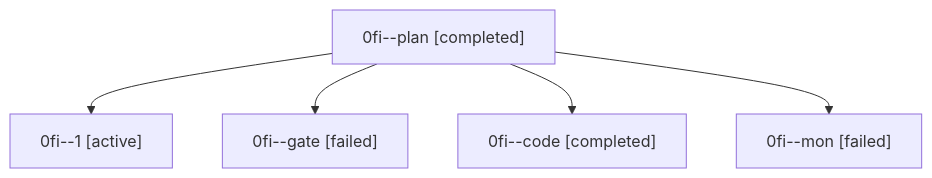
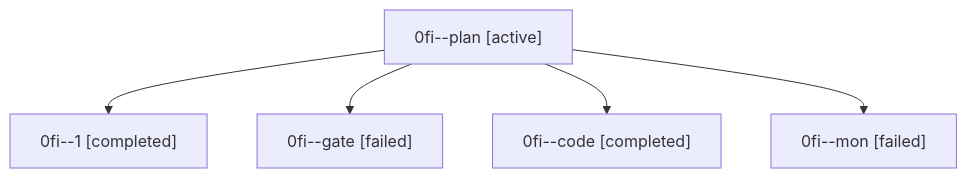
One commit to sase-org/sase--agents changed the diagram in families/bbugyi200.athena.0fi.md. Above: the diagram before and after it, drawn with Mermaid. The commit also changed other lines of this file and 35830 other files, not shown here.

````diff
--- a/families/bbugyi200.athena.0fi.md
+++ b/families/bbugyi200.athena.0fi.md
@@ -9,12 +9,12 @@
 ```mermaid
 flowchart TD
-  n0["0fi--plan [completed]"]
-  n1["0fi--1 [active]"]
+  n0["0fi--plan [active]"]
+  n1["0fi--1 [completed]"]
   n0 --> n1
   n2["0fi--gate [failed]"]
   n0 --> n2
   n3["0fi--code [completed]"]
   n0 --> n3
   n4["0fi--mon [failed]"]
   n0 --> n4
 ```
````
